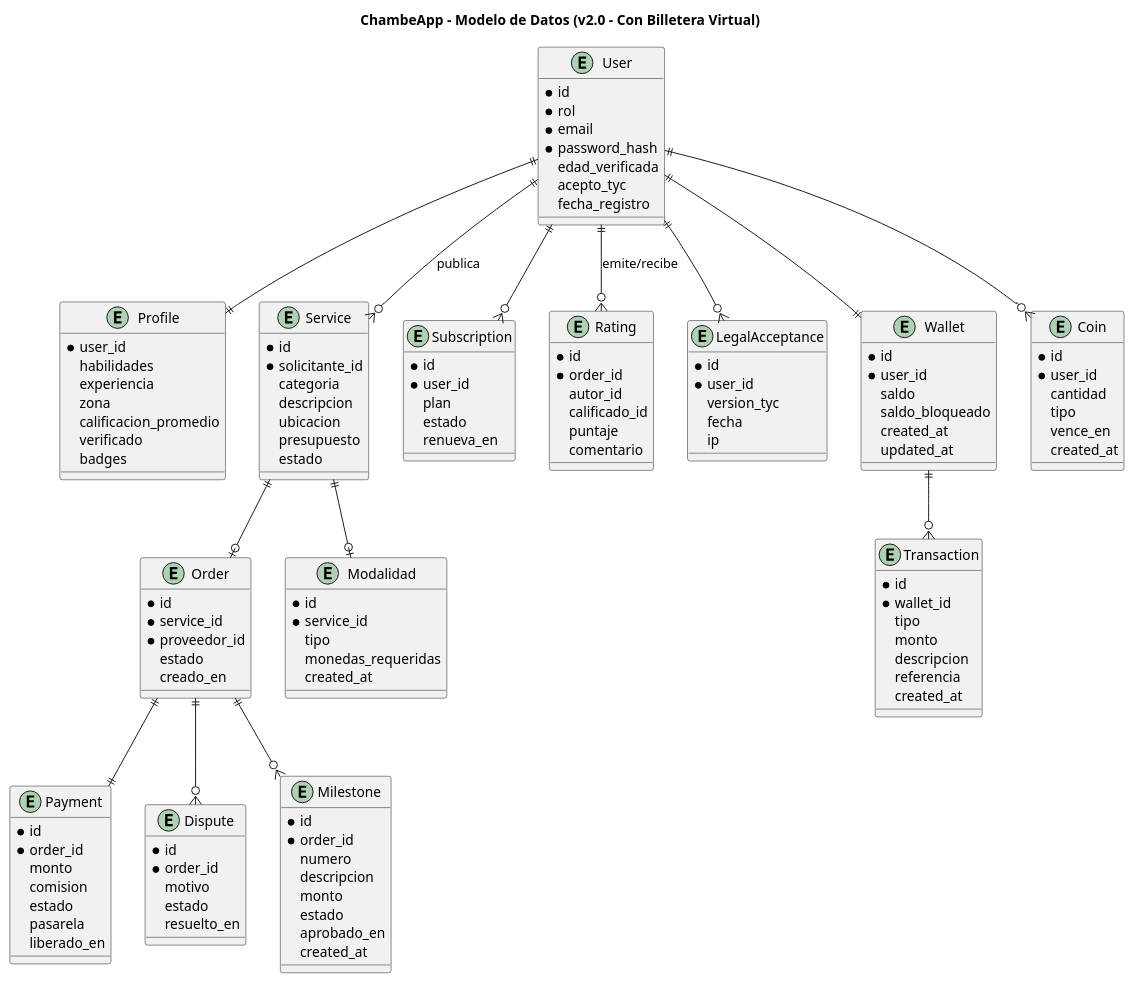
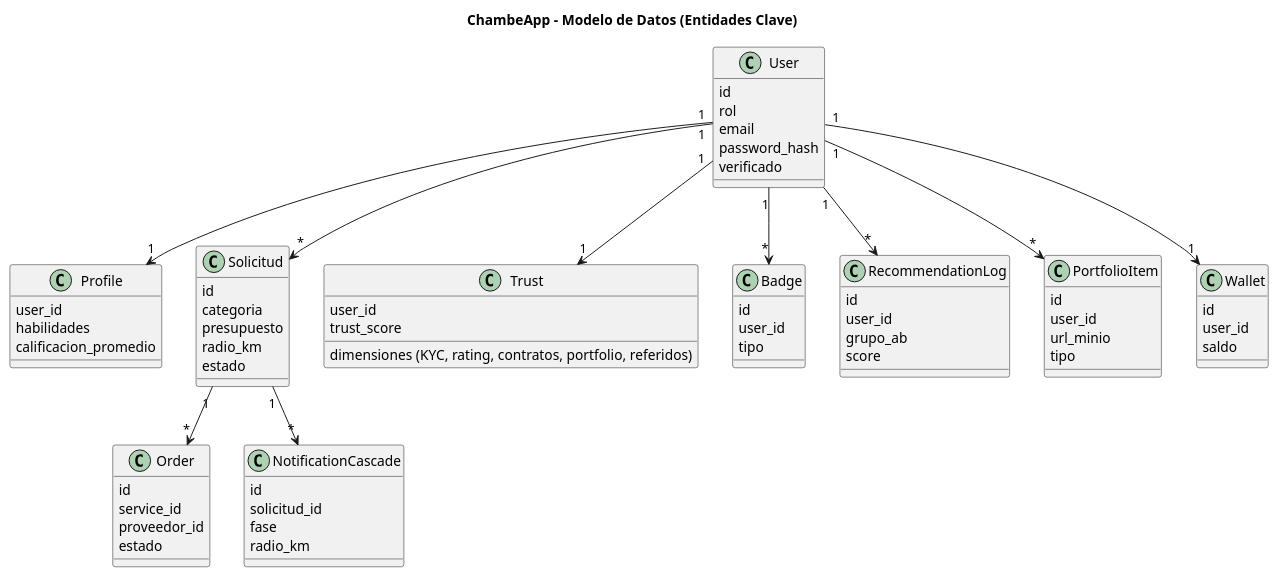
The diagram in Arquitectura/diagramas/04_modelo_datos.puml (jpalacioing98/Chambeapp_Doc), drawn with PlantUML before and after one commit. The commit also changed 39 other files, not shown here.

```diff
--- a/Arquitectura/diagramas/04_modelo_datos.puml
+++ b/Arquitectura/diagramas/04_modelo_datos.puml
@@ -1,146 +1,73 @@
 @startuml
-title ChambeApp - Modelo de Datos (v2.0 - Con Billetera Virtual)
+title ChambeApp - Modelo de Datos (Entidades Clave)
+skinparam classAttributeIconSize 0
 
-entity User {
-  * id
-  * rol
-  * email
-  * password_hash
-  edad_verificada
-  acepto_tyc
-  fecha_registro
+class User {
+  id
+  rol
+  email
+  password_hash
+  verificado
+}
+class Profile {
+  user_id
+  habilidades
+  calificacion_promedio
+}
+class Solicitud {
+  id
+  categoria
+  presupuesto
+  radio_km
+  estado
+}
+class Order {
+  id
+  service_id
+  proveedor_id
+  estado
+}
+class Trust {
+  user_id
+  trust_score
+  dimensiones (KYC, rating, contratos, portfolio, referidos)
+}
+class Badge {
+  id
+  user_id
+  tipo
+}
+class NotificationCascade {
+  id
+  solicitud_id
+  fase
+  radio_km
+}
+class RecommendationLog {
+  id
+  user_id
+  grupo_ab
+  score
+}
+class PortfolioItem {
+  id
+  user_id
+  url_minio
+  tipo
+}
+class Wallet {
+  id
+  user_id
+  saldo
 }
 
-entity Profile {
-  * user_id
-  habilidades
-  experiencia
-  zona
-  calificacion_promedio
-  verificado
-  badges
-}
-
-entity Service {
-  * id
-  * solicitante_id
-  categoria
-  descripcion
-  ubicacion
-  presupuesto
-  estado
-}
-
-entity Order {
-  * id
-  * service_id
-  * proveedor_id
-  estado
-  creado_en
-}
-
-entity Payment {
-  * id
-  * order_id
-  monto
-  comision
-  estado
-  pasarela
-  liberado_en
-}
-
-entity Subscription {
-  * id
-  * user_id
-  plan
-  estado
-  renueva_en
-}
-
-entity Rating {
-  * id
-  * order_id
-  autor_id
-  calificado_id
-  puntaje
-  comentario
-}
-
-entity Dispute {
-  * id
-  * order_id
-  motivo
-  estado
-  resuelto_en
-}
-
-entity LegalAcceptance {
-  * id
-  * user_id
-  version_tyc
-  fecha
-  ip
-}
-
-entity Wallet {
-  * id
-  * user_id
-  saldo
-  saldo_bloqueado
-  created_at
-  updated_at
-}
-
-entity Coin {
-  * id
-  * user_id
-  cantidad
-  tipo
-  vence_en
-  created_at
-}
-
-entity Transaction {
-  * id
-  * wallet_id
-  tipo
-  monto
-  descripcion
-  referencia
-  created_at
-}
-
-entity Modalidad {
-  * id
-  * service_id
-  tipo
-  monedas_requeridas
-  created_at
-}
-
-entity Milestone {
-  * id
-  * order_id
-  numero
-  descripcion
-  monto
-  estado
-  aprobado_en
-  created_at
-}
-
-User ||--|| Profile
-User ||--o{ Service : "publica"
-User ||--o{ Subscription
-User ||--o{ Rating : "emite/recibe"
-User ||--|| Wallet
-User ||--o{ Coin
-Service ||--o| Order
-Service ||--o| Modalidad
-Order ||--|| Payment
-Order ||--o{ Dispute
-Order ||--o{ Milestone
-User ||--o{ LegalAcceptance
-Wallet ||--o{ Transaction
-
+User "1" --> "1" Profile
+User "1" --> "*" Solicitud
+User "1" --> "1" Trust
+User "1" --> "*" Badge
+User "1" --> "1" Wallet
+User "1" --> "*" PortfolioItem
+Solicitud "1" --> "*" NotificationCascade
+Solicitud "1" --> "*" Order
+User "1" --> "*" RecommendationLog
 @enduml
```
